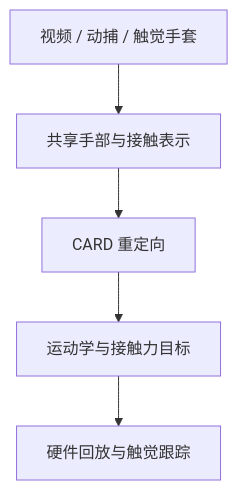
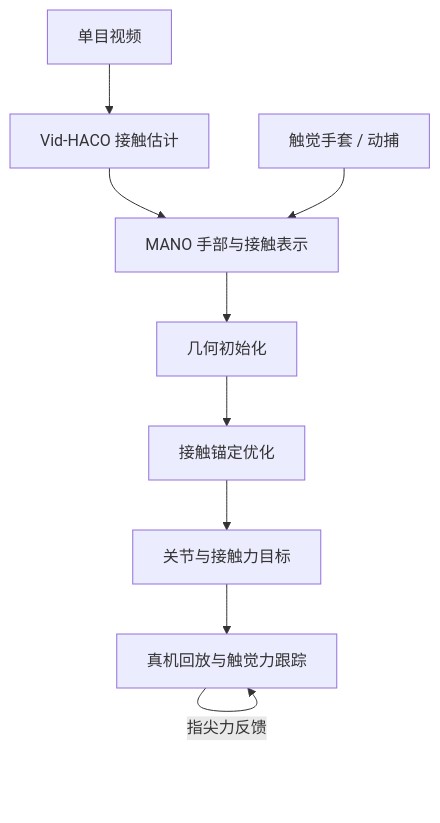
One commit to ImChong/Robotics_Notebooks changed the diagram in wiki/entities/paper-card-contact-anchored-retargeting.md. Above: the diagram before and after it, drawn with Mermaid. The commit also changed other lines of this file, not shown here.

Commit message:
[2026-11-03] ingest | wiki/entities/paper-card-contact-anchored-retargeting.md — 补充论文方法与实验

````diff
--- a/wiki/entities/paper-card-contact-anchored-retargeting.md
+++ b/wiki/entities/paper-card-contact-anchored-retargeting.md
@@ -37,7 +39,11 @@
 ```mermaid
 flowchart TB
-  input["视频 / 动捕 / 触觉手套"] --> rep["共享手部与接触表示"]
-  rep --> card["CARD 重定向"]
-  card --> targets["运动学与接触力目标"]
-  targets --> tracking["硬件回放与触觉跟踪"]
+  video["单目视频"] --> vid["Vid-HACO 接触估计"]
+  vid --> rep["MANO 手部与接触表示"]
+  glove["触觉手套 / 动捕"] --> rep
+  rep --> init["几何初始化"]
+  init --> solve["接触锚定优化"]
+  solve --> targets["关节与接触力目标"]
+  targets --> replay["真机回放与触觉力跟踪"]
+  replay -->|"指尖力反馈"| replay
 ```
````
